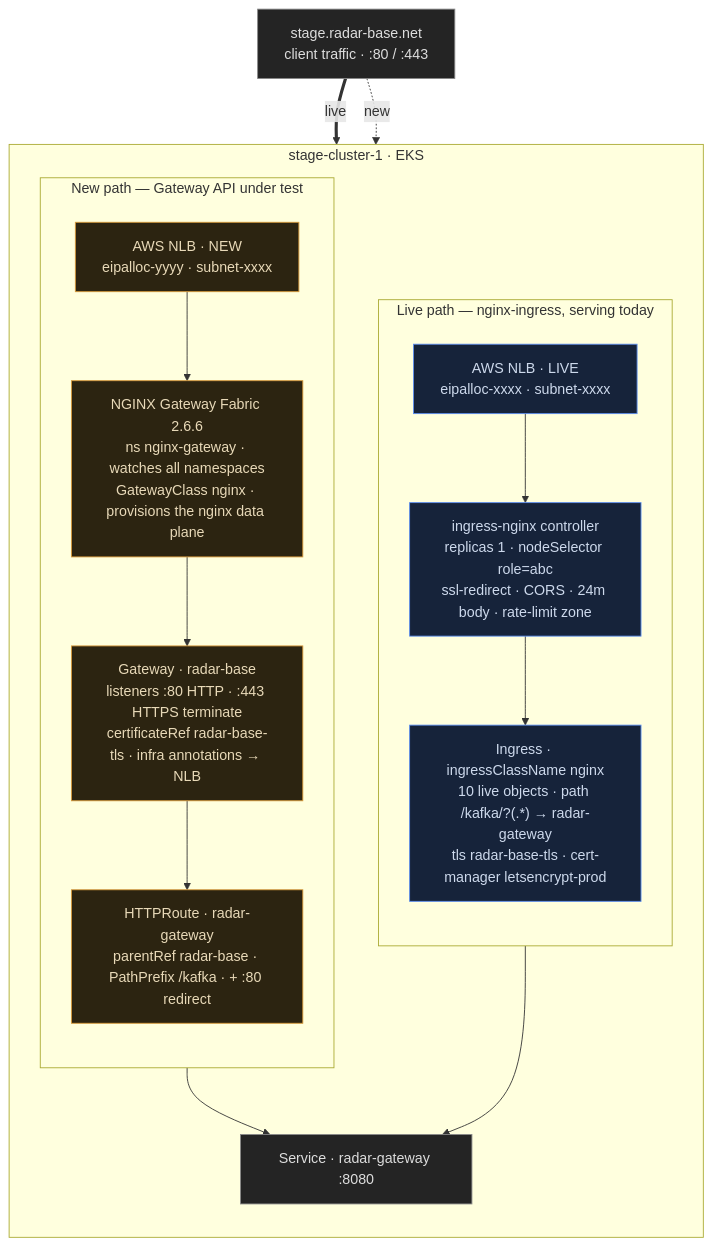
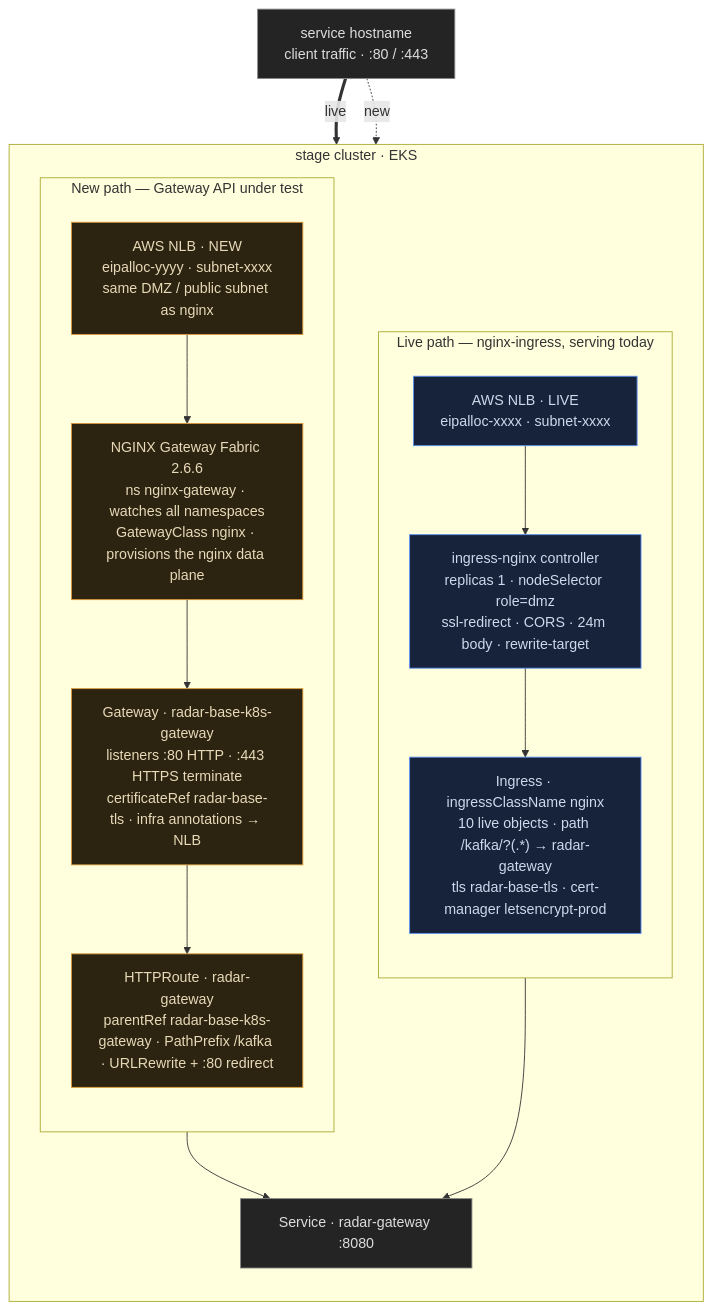
The diagram in rfcs/platform/0007-gateway-api-ingress-migration.md (RADAR-base/rfcs), drawn with Mermaid before and after one commit. The commit also changed other lines of this file, not shown here.

````diff
--- a/rfcs/platform/0007-gateway-api-ingress-migration.md
+++ b/rfcs/platform/0007-gateway-api-ingress-migration.md
@@ -50,39 +50,39 @@
 ```mermaid
 flowchart TB
-    dns["stage.radar-base.net<br/>client traffic · :80 / :443"]
+    dns["service hostname<br/>client traffic · :80 / :443"]
 
-    subgraph eks[stage-cluster-1 · EKS]
+    subgraph eks[stage cluster · EKS]
       direction TB
 
       subgraph live["Live path — nginx-ingress, serving today"]
         direction TB
         nlbL["AWS NLB · LIVE<br/>eipalloc-xxxx · subnet-xxxx"]
-        ctlL["ingress-nginx controller<br/>replicas 1 · nodeSelector role=abc<br/>ssl-redirect · CORS · 24m body · rate-limit zone"]
+        ctlL["ingress-nginx controller<br/>replicas 1 · nodeSelector role=dmz<br/>ssl-redirect · CORS · 24m body · rewrite-target"]
         ingL["Ingress · ingressClassName nginx<br/>10 live objects · path /kafka/?(.*) → radar-gateway<br/>tls radar-base-tls · cert-manager letsencrypt-prod"]
         nlbL --> ctlL --> ingL
       end
 
       subgraph new["New path — Gateway API under test"]
         direction TB
-        nlbN["AWS NLB · NEW<br/>eipalloc-yyyy · subnet-xxxx"]
+        nlbN["AWS NLB · NEW<br/>eipalloc-yyyy · subnet-xxxx<br/>same DMZ / public subnet as nginx"]
         ngf["NGINX Gateway Fabric 2.6.6<br/>ns nginx-gateway · watches all namespaces<br/>GatewayClass nginx · provisions the nginx data plane"]
-        gw["Gateway · radar-base<br/>listeners :80 HTTP · :443 HTTPS terminate<br/>certificateRef radar-base-tls · infra annotations → NLB"]
-        route["HTTPRoute · radar-gateway<br/>parentRef radar-base · PathPrefix /kafka · + :80 redirect"]
+        gw["Gateway · radar-base-k8s-gateway<br/>listeners :80 HTTP · :443 HTTPS terminate<br/>certificateRef radar-base-tls · infra annotations → NLB"]
+        route["HTTPRoute · radar-gateway<br/>parentRef radar-base-k8s-gateway · PathPrefix /kafka · URLRewrite + :80 redirect"]
         nlbN --> ngf --> gw --> route
       end
 
       svc["Service · radar-gateway :8080"]
     end
 
     dns ==>|live| nlbL
     dns -.->|new| nlbN
     ingL --> svc
     route --> svc
 
     classDef liveCls fill:#16233a,stroke:#5b8def,color:#cdd9ec;
     classDef newCls fill:#2c2411,stroke:#d99a3a,color:#e8d9b8;
     classDef sharedCls fill:#242424,stroke:#888888,color:#dddddd;
     class nlbL,ctlL,ingL liveCls;
     class nlbN,ngf,gw,route newCls;
     class dns,svc sharedCls;
 ```
````
